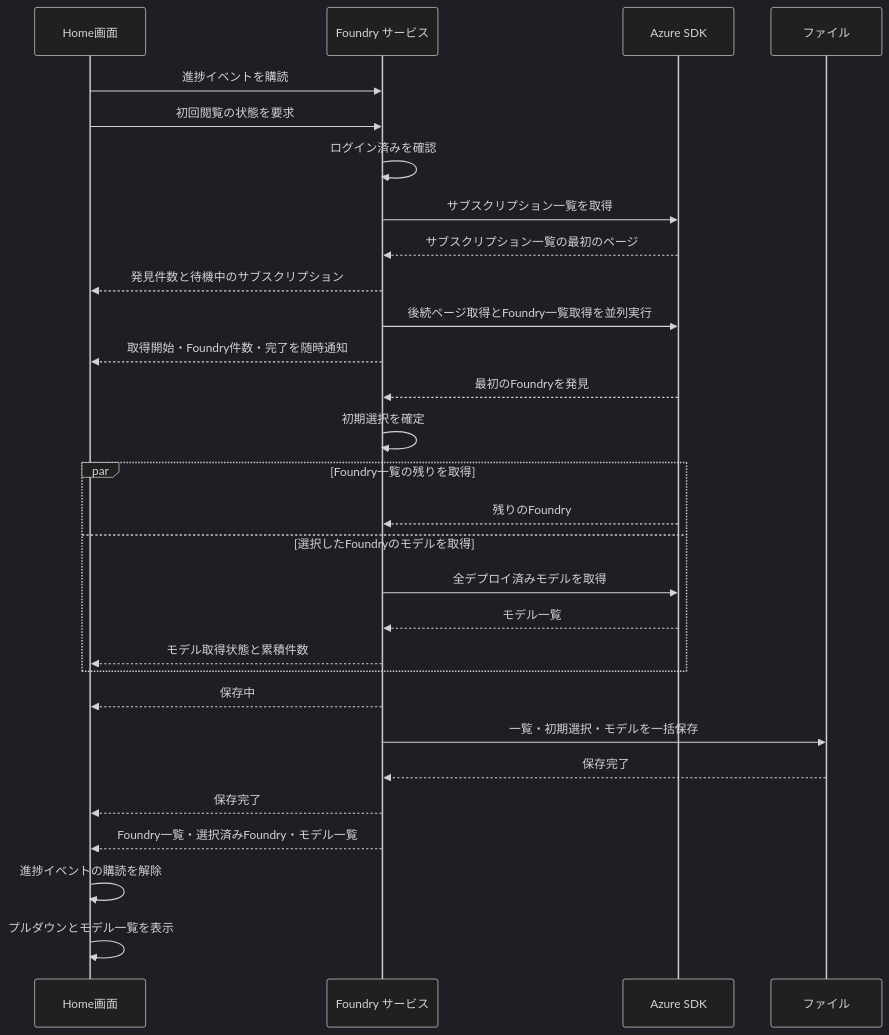
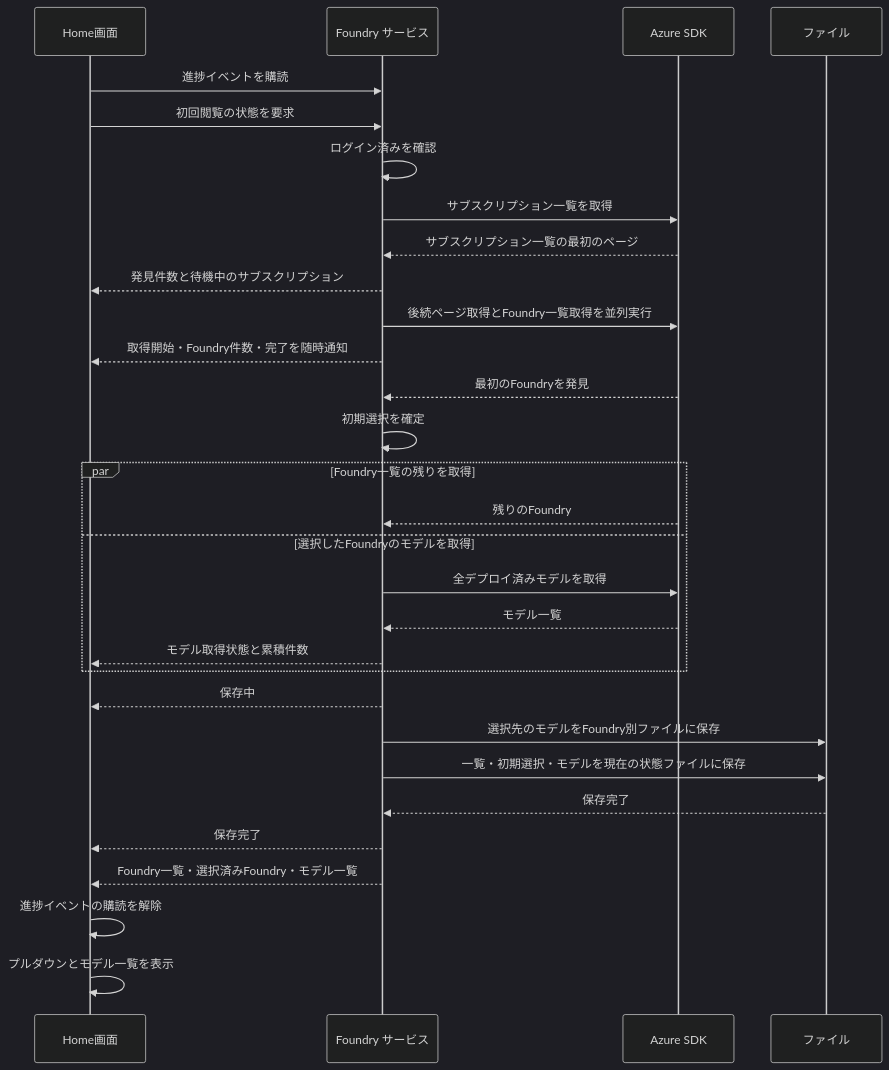
The fourth of 4 diagrams in docs/design/UCP-1.md (nuitsjp/azfoundry-deck), drawn with Mermaid (dark theme) before and after one commit. The commit also changed other lines of this file and 10 other files, not shown here.

````diff
--- a/docs/design/UCP-1.md
+++ b/docs/design/UCP-1.md
@@ -69,31 +69,32 @@
 ```mermaid
 sequenceDiagram
   participant U as Home画面
   participant S as Foundry サービス
   participant K as Azure SDK
   participant F as ファイル
   U->>S: 進捗イベントを購読
   U->>S: 初回閲覧の状態を要求
   S->>S: ログイン済みを確認
   S->>K: サブスクリプション一覧を取得
   K-->>S: サブスクリプション一覧の最初のページ
   S-->>U: 発見件数と待機中のサブスクリプション
   S->>K: 後続ページ取得とFoundry一覧取得を並列実行
   S-->>U: 取得開始・Foundry件数・完了を随時通知
   K-->>S: 最初のFoundryを発見
   S->>S: 初期選択を確定
   par Foundry一覧の残りを取得
     K-->>S: 残りのFoundry
   and 選択したFoundryのモデルを取得
     S->>K: 全デプロイ済みモデルを取得
     K-->>S: モデル一覧
     S-->>U: モデル取得状態と累積件数
   end
   S-->>U: 保存中
-  S->>F: 一覧・初期選択・モデルを一括保存
+  S->>F: 選択先のモデルをFoundry別ファイルに保存
+  S->>F: 一覧・初期選択・モデルを現在の状態ファイルに保存
   F-->>S: 保存完了
   S-->>U: 保存完了
   S-->>U: Foundry一覧・選択済みFoundry・モデル一覧
   U->>U: 進捗イベントの購読を解除
   U->>U: プルダウンとモデル一覧を表示
 ```
````
